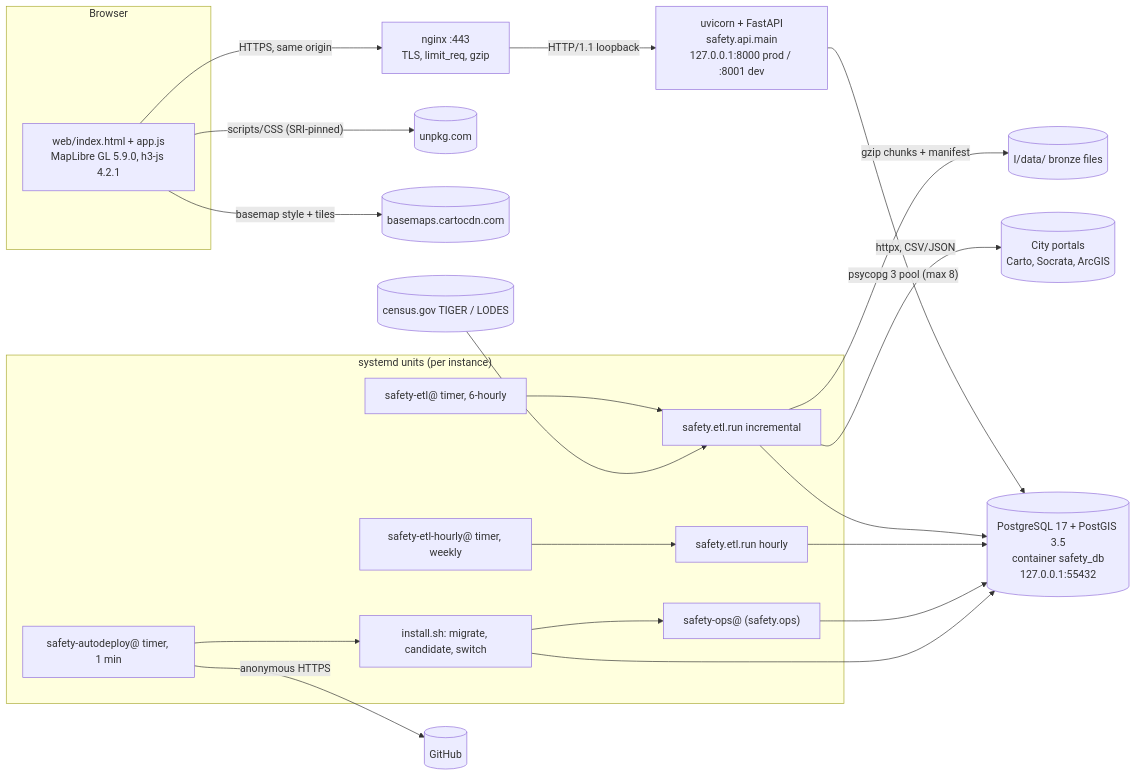
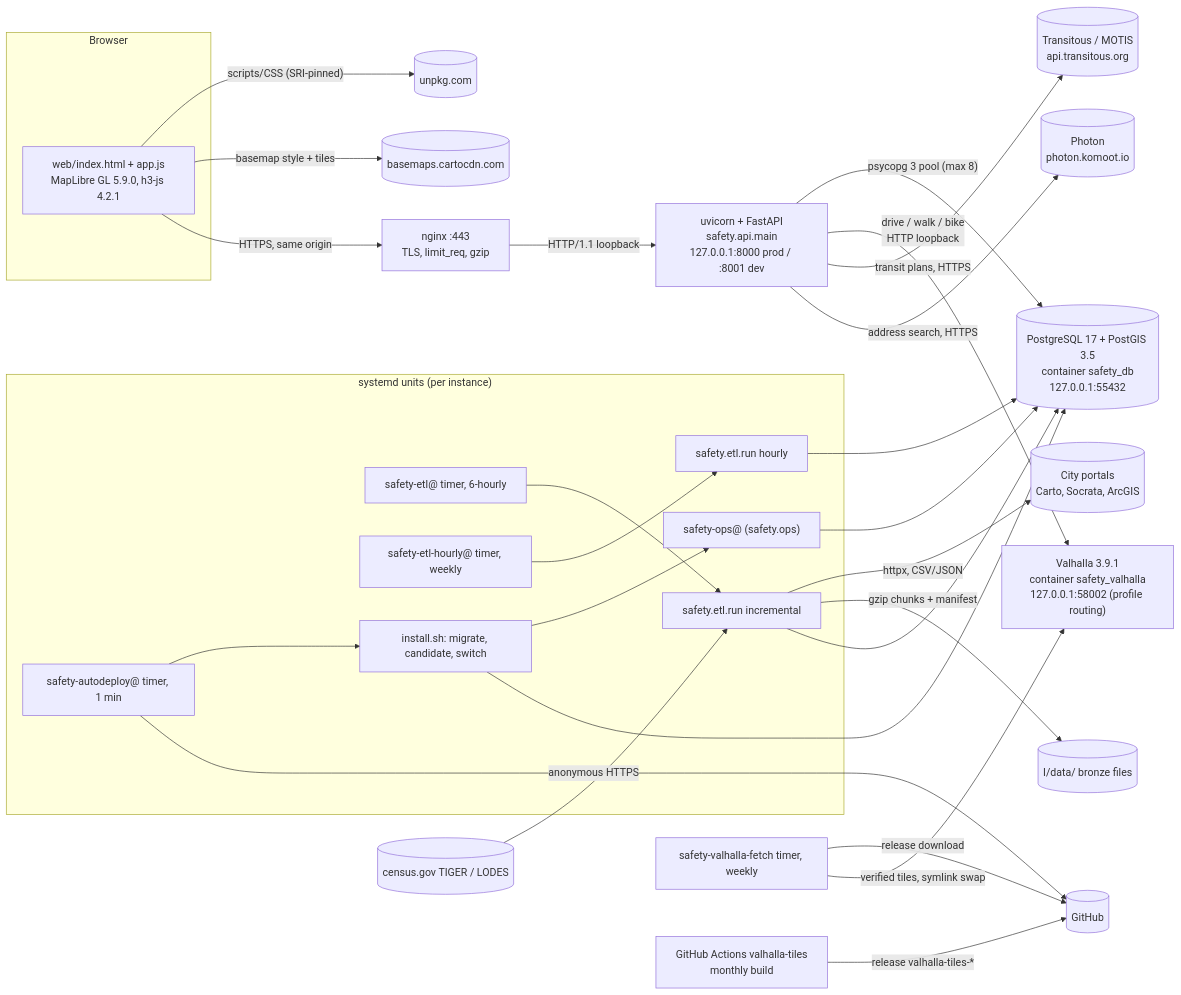
One commit to ryanfio15/Crime-Prevention-and-Personal-Safety-Application changed the first of 4 diagrams in docs/ARCHITECTURE.md. Above: the diagram before and after it, drawn with Mermaid. The commit also changed other lines of this file and 62 other files, not shown here.

````diff
--- a/docs/ARCHITECTURE.md
+++ b/docs/ARCHITECTURE.md
@@ -14,27 +14,33 @@
 ```mermaid
 flowchart LR
   subgraph Browser
     UI["web/index.html + app.js<br/>MapLibre GL 5.9.0, h3-js 4.2.1"]
   end
   CDN[(unpkg.com)]
   CARTO[(basemaps.cartocdn.com)]
   UI -- "scripts/CSS (SRI-pinned)" --> CDN
   UI -- "basemap style + tiles" --> CARTO
   UI -- "HTTPS, same origin" --> NGINX["nginx :443<br/>TLS, limit_req, gzip"]
   NGINX -- "HTTP/1.1 loopback" --> API["uvicorn + FastAPI<br/>safety.api.main<br/>127.0.0.1:8000 prod / :8001 dev"]
   API -- "psycopg 3 pool (max 8)" --> DB[("PostgreSQL 17 + PostGIS 3.5<br/>container safety_db<br/>127.0.0.1:55432")]
   subgraph systemd["systemd units (per instance)"]
     T1["safety-etl@ timer, 6-hourly"] --> ETL["safety.etl.run incremental"]
     T2["safety-etl-hourly@ timer, weekly"] --> ETLH["safety.etl.run hourly"]
     AD["safety-autodeploy@ timer, 1 min"] --> INS["install.sh: migrate, candidate, switch"]
     INS --> OPS["safety-ops@ (safety.ops)"]
   end
   ETL -- "httpx, CSV/JSON" --> PORTALS[("City portals<br/>Carto, Socrata, ArcGIS")]
   ETL -- "gzip chunks + manifest" --> BRONZE[("I/data/ bronze files")]
   ETL --> DB
   ETLH --> DB
   OPS --> DB
   INS --> DB
   CENSUS[(census.gov TIGER / LODES)] --> ETL
   AD -- "anonymous HTTPS" --> GH[(GitHub)]
+  API -- "drive / walk / bike<br/>HTTP loopback" --> VAL["Valhalla 3.9.1<br/>container safety_valhalla<br/>127.0.0.1:58002 (profile routing)"]
+  API -- "transit plans, HTTPS" --> MOTIS[(Transitous / MOTIS<br/>api.transitous.org)]
+  API -- "address search, HTTPS" --> PHOTON[(Photon<br/>photon.komoot.io)]
+  VF["safety-valhalla-fetch timer, weekly"] -- "release download" --> GH
+  VF -- "verified tiles, symlink swap" --> VAL
+  GHA["GitHub Actions valhalla-tiles<br/>monthly build"] -- "release valhalla-tiles-*" --> GH
 ```
````
